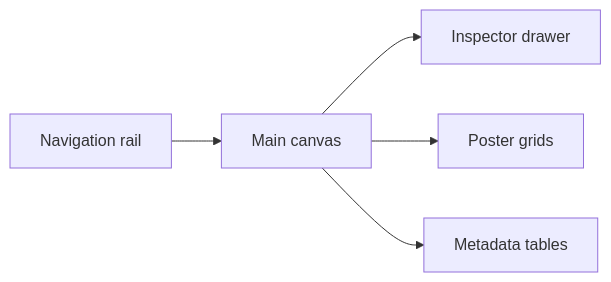
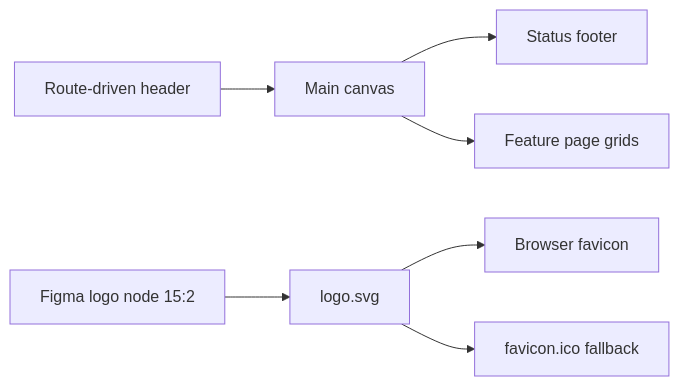
The diagram in lode/ui/summary.md (Zwezh/media-shelf), drawn with Mermaid before and after one commit. The commit also changed other lines of this file and 46 other files, not shown here.

````diff
--- a/lode/ui/summary.md
+++ b/lode/ui/summary.md
@@ -14,7 +19,9 @@
 ```mermaid
 flowchart LR
-  Nav[Navigation rail] --> Canvas[Main canvas]
-  Canvas --> Inspector[Inspector drawer]
-  Canvas --> Posters[Poster grids]
-  Canvas --> Tables[Metadata tables]
+  Header[Route-driven header] --> Canvas[Main canvas]
+  Canvas --> Footer[Status footer]
+  Canvas --> Features[Feature page grids]
+  Figma[Figma logo node 15:2] --> SVG[logo.svg]
+  SVG --> Favicon[Browser favicon]
+  SVG --> ICO[favicon.ico fallback]
 ```
````
